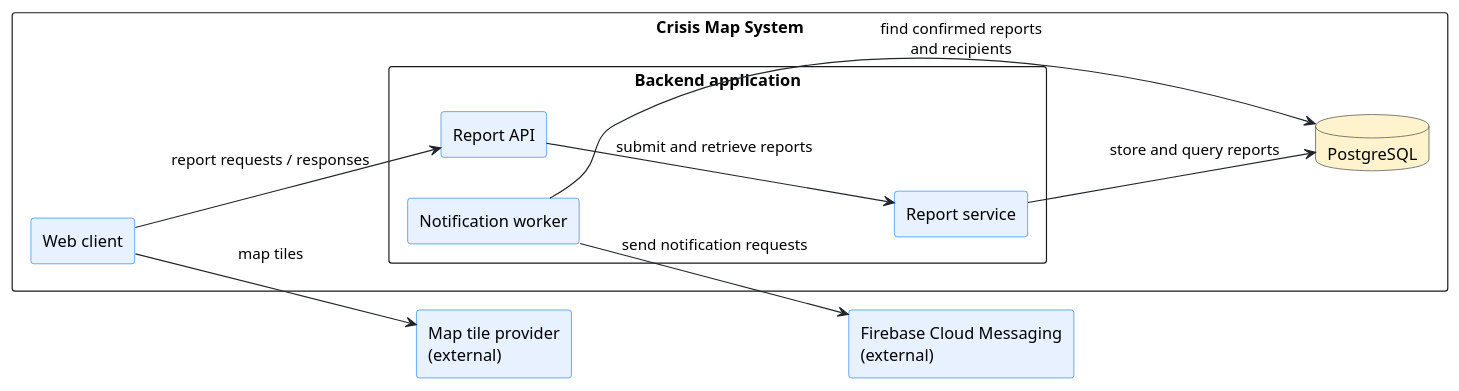
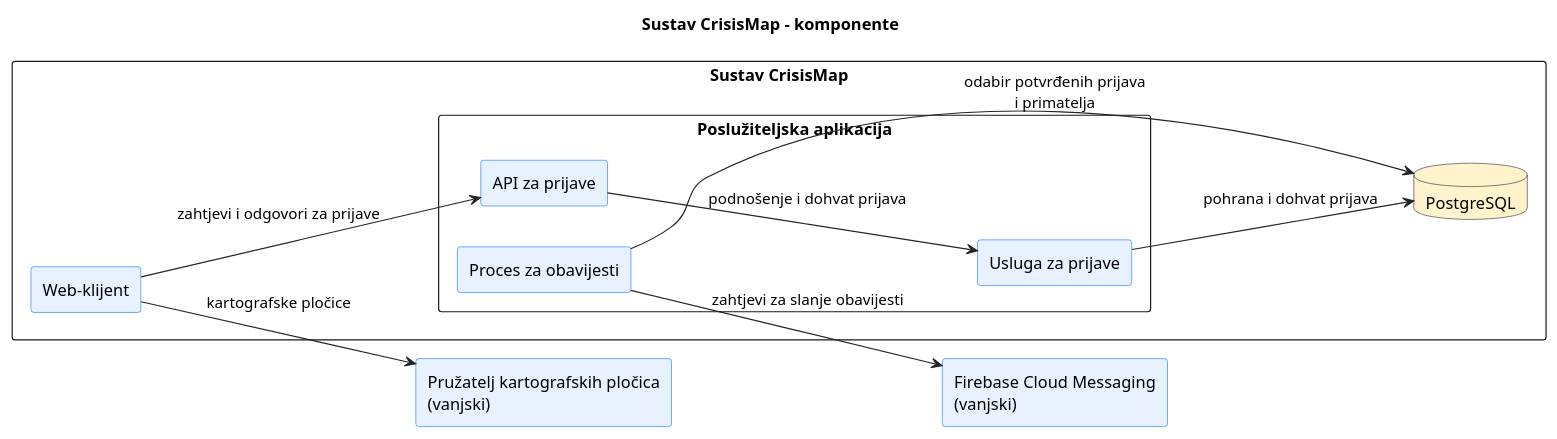
One commit to VladoSruk/Programsko-inzenjerstvo changed the diagram in docs/puml/4-1-crisismap-system-CMP.puml. Above: the diagram before and after it, drawn with PlantUML. The commit also changed other lines of this file and 9 other files, not shown here.

First line of the commit message:
docs(uml): osvježi i standardiziraj CrisisMap UML dokumentaciju

```diff
--- a/docs/puml/4-1-crisismap-system-CMP.puml
+++ b/docs/puml/4-1-crisismap-system-CMP.puml
@@ -42,55 +19,51 @@
 @startuml
-
-' ==============================================================================
-' Diagram Layout and Style
-' ==============================================================================
-
+title Sustav CrisisMap – komponente
 left to right direction
 
 skinparam shadowing false
 skinparam defaultFontName Arial
-skinparam packageStyle rectangle
 skinparam componentStyle rectangle
+skinparam ArrowColor #212529
 
 skinparam component {
     BackgroundColor #E7F1FF
     BorderColor #0D6EFD
-    ArrowColor #212529
 }
 
 skinparam database {
-    BackgroundColor   #FFF3CD
+    BackgroundColor #FFF3CD
     BorderColor #212529
 }
 
 ' ==============================================================================
-' Crisis Map System Boundary and Internal Components
+' Granica sustava i unutarnje komponente
 ' ==============================================================================
 
-rectangle "Crisis Map System" {
-  component "Web client" as Web
-  rectangle "Backend application" {
-    component "Report API" as API
-    component "Report service" as Reports
-    component "Notification worker" as Notify
+rectangle "Sustav CrisisMap" {
+  component "Web-klijent" as Web
+  rectangle "Poslužiteljska aplikacija" {
+    component "API za prijave" as API
+    component "Usluga za prijave" as Reports
+    component "Proces za obavijesti" as Notify
   }
   database "PostgreSQL" as DB
 }
+
 ' ==============================================================================
-' External Systems
+' Vanjski sustavi
 ' ==============================================================================
 
-component "Map tile provider\n(external)" as Maps
-component "Firebase Cloud Messaging\n(external)" as FCM
+component "Pružatelj kartografskih pločica\n(vanjski)" as Maps
+component "Firebase Cloud Messaging\n(vanjski)" as FCM
 
 ' ==============================================================================
-' Component Dependencies and Interfaces
+' Ovisnosti i sučelja
 ' ==============================================================================
 
-Web --> API : report requests / responses
-Web --> Maps : map tiles
-API --> Reports : submit and retrieve reports
-Reports --> DB : store and query reports
-Notify --> DB : find confirmed reports\nand recipients
-Notify --> FCM : send notification requests
+Web --> API : zahtjevi i odgovori za prijave
+Web --> Maps : kartografske pločice
+API --> Reports : podnošenje i dohvat prijava
+Reports --> DB : pohrana i dohvat prijava
+Notify --> DB : odabir potvrđenih prijava\ni primatelja
+Notify --> FCM : zahtjevi za slanje obavijesti
 @enduml
```
